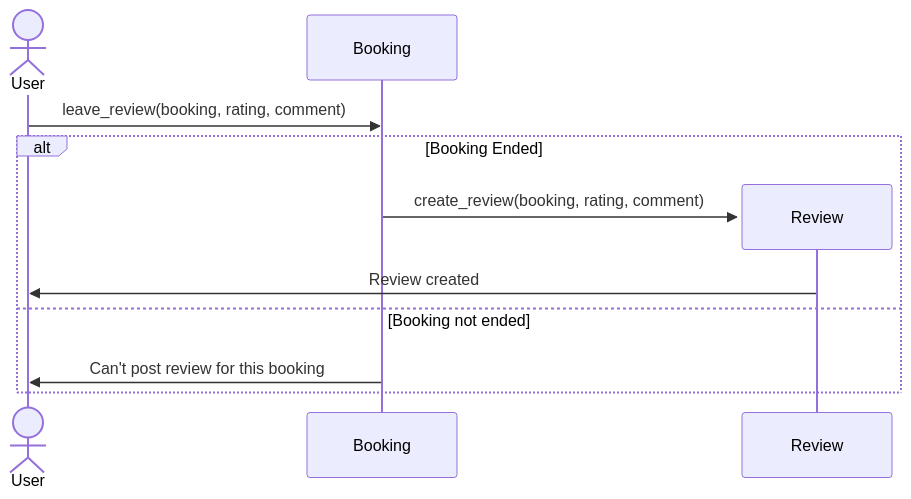
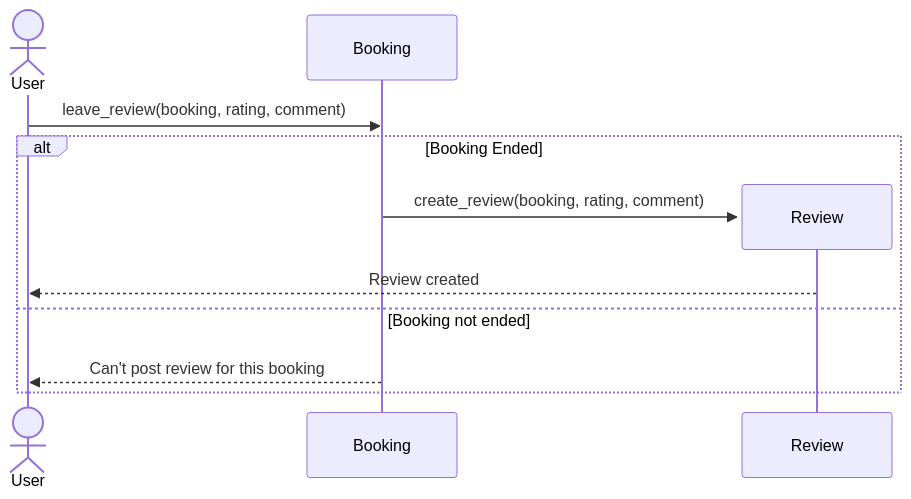
One commit to EvaGLN/UML-Design-Lab changed the diagram in sequence_review.mmd. Above: the diagram before and after it, drawn with Mermaid.

```diff
--- a/sequence_review.mmd
+++ b/sequence_review.mmd
@@ -1,12 +1,12 @@
 sequenceDiagram
     actor User
     participant Booking
 
     User->>Booking: leave_review(booking, rating, comment)
     alt Booking Ended
         create participant Review
         Booking->>Review: create_review(booking, rating, comment)
-        Review->>User:Review created
+        Review-->>User:Review created
     else Booking not ended
-        Booking->>User: Can't post review for this booking
+        Booking-->>User: Can't post review for this booking
     end
```
